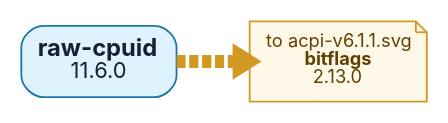
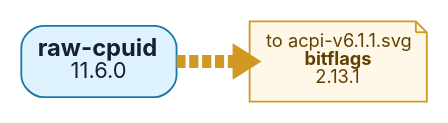
Before and after one commit to t4ce/TRUEOS: the diagram in tools/docs/depgraph/by-root/raw-cpuid-v11.6.0.dot, drawn with Graphviz. The commit also changed 214 other files, not shown here.

```diff
--- a/tools/docs/depgraph/by-root/raw-cpuid-v11.6.0.dot
+++ b/tools/docs/depgraph/by-root/raw-cpuid-v11.6.0.dot
@@ -1,11 +1,11 @@
 digraph "raw-cpuid-v11.6.0" {
   graph [rankdir=LR, bgcolor="white", overlap=false, splines=true, nodesep=0.35, ranksep=0.55];
   node [shape=box, style="rounded,filled", fontname="Inter,Arial", fontsize=10, margin="0.13,0.10", color="#8b9bb0", fillcolor="#f7f9fb", fontcolor="#172033"];
   edge [color="#9aa8b8", arrowsize=0.55, penwidth=7.2];
   n0 [label=<<FONT POINT-SIZE="13"><B>raw-cpuid</B></FONT><BR/><FONT POINT-SIZE="12">11.6.0</FONT>>, fillcolor="#dff3ff", color="#1b78a6"];
-  out0 [label=<to acpi-v6.1.1.svg<BR/><B>bitflags</B><BR/>2.13.0>, shape=note, style="filled", fillcolor="#fff8e8", color="#d19922", fontcolor="#614000"];
+  out0 [label=<to acpi-v6.1.1.svg<BR/><B>bitflags</B><BR/>2.13.1>, shape=note, style="filled", fillcolor="#fff8e8", color="#d19922", fontcolor="#614000"];
   n0 -> out0 [style=dashed, color="#d19922"];
   // collapsed leaf ends: 0
   // centered two-input leaves: 0
   // nested two-input leaves: 0
 }
```
